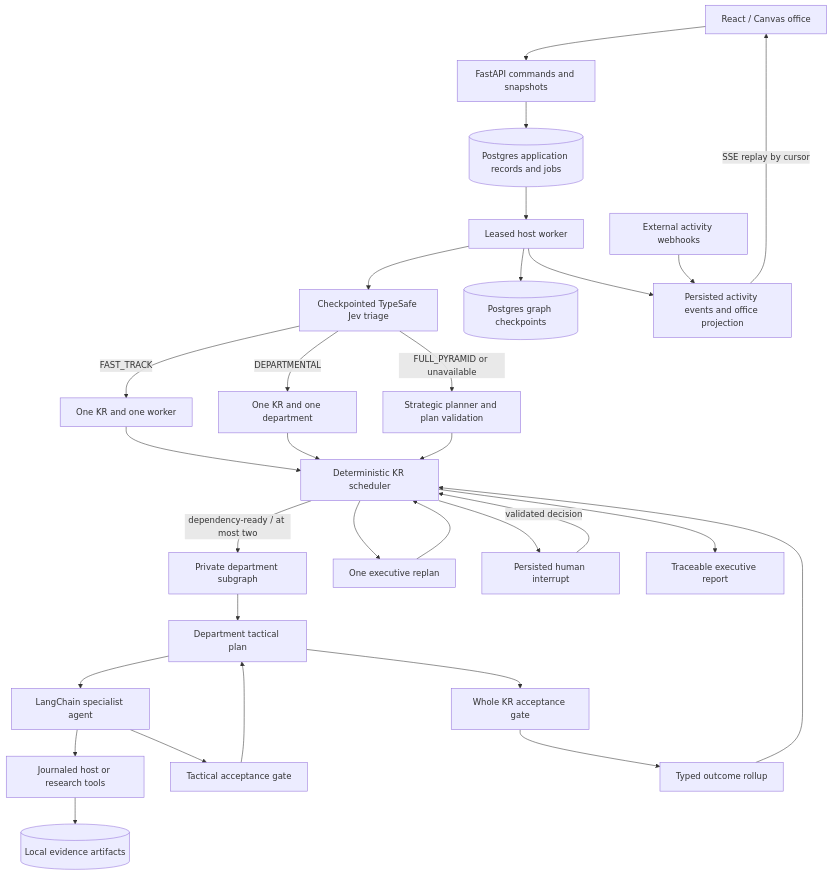
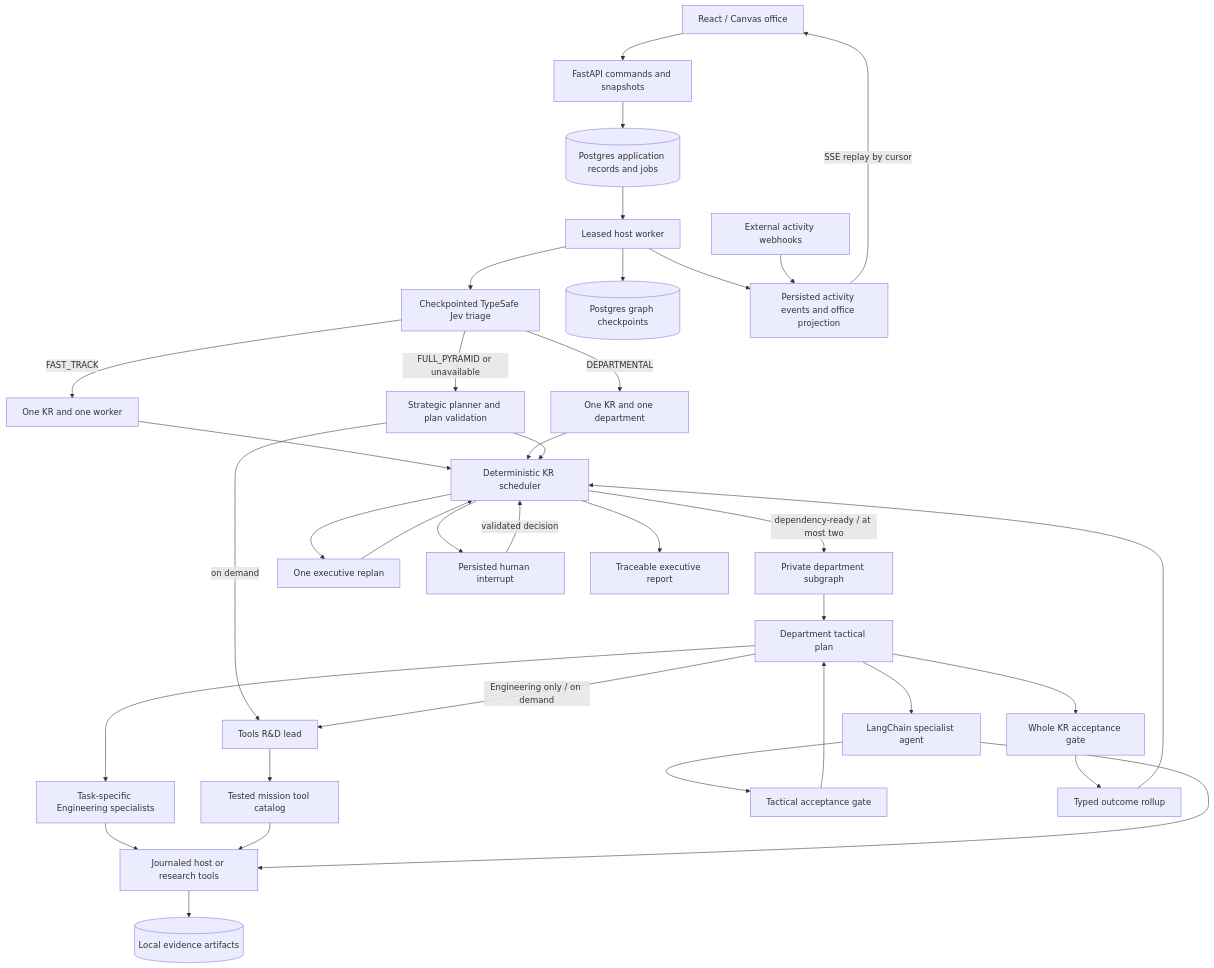
Before and after one commit to thanayut1750/spoc-harness: the diagram in docs/architecture.md, drawn with Mermaid. The commit also changed other lines of this file and 35 other files, not shown here.

Commit message:
feat: add dynamic Engineering specialists and caller-restricted Tools R&D

````diff
--- a/docs/architecture.md
+++ b/docs/architecture.md
@@ -3,32 +3,38 @@
 ```mermaid
 flowchart TD
     UI[React / Canvas office] --> API[FastAPI commands and snapshots]
     API --> DB[(Postgres application records and jobs)]
     DB --> Worker[Leased host worker]
     Worker --> Triage[Checkpointed TypeSafe Jev triage]
     Triage -->|FAST_TRACK| Direct[One KR and one worker]
     Triage -->|DEPARTMENTAL| Single[One KR and one department]
     Triage -->|FULL_PYRAMID or unavailable| Plan[Strategic planner and plan validation]
     Direct --> Schedule
     Single --> Schedule
     Plan --> Schedule[Deterministic KR scheduler]
     Schedule -->|dependency-ready / at most two| Dept[Private department subgraph]
     Dept --> Head[Department tactical plan]
     Head --> Specialist[LangChain specialist agent]
+    Head --> Dynamic[Task-specific Engineering specialists]
+    Plan -->|on demand| RD[Tools R&D lead]
+    Head -->|Engineering only / on demand| RD
+    RD --> Catalog[Tested mission tool catalog]
+    Dynamic --> Tool
+    Catalog --> Tool
     Specialist --> Tool[Journaled host or research tools]
     Tool --> Files[(Local evidence artifacts)]
     Specialist --> TacticalGate[Tactical acceptance gate]
     TacticalGate --> Head
     Head --> KRGate[Whole KR acceptance gate]
     KRGate --> Rollup[Typed outcome rollup]
     Rollup --> Schedule
     Schedule --> Replan[One executive replan]
     Replan --> Schedule
     Schedule --> Review[Persisted human interrupt]
     Review -->|validated decision| Schedule
     Schedule --> Report[Traceable executive report]
     Worker --> Checkpoint[(Postgres graph checkpoints)]
     Worker --> Events[Persisted activity events and office projection]
     Events -->|SSE replay by cursor| UI
     External[External activity webhooks] --> Events
 ```
````
